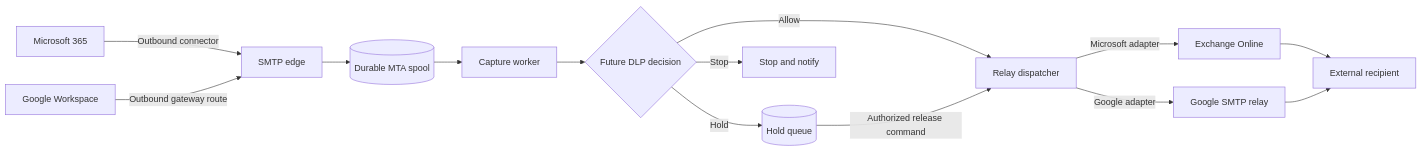
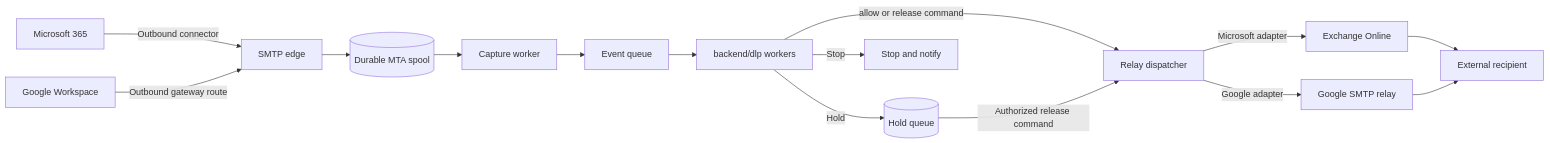
One commit to Himaya-AI/himaya-prod-azure changed the first of 9 diagrams in docs/DLP_INGRESS_GATEWAY_PLAN.md. Above: the diagram before and after it, drawn with Mermaid. The commit also changed other lines of this file and 1 other file, not shown here.

Commit message:
add DLP backend roadmap Doc

````diff
--- a/docs/DLP_INGRESS_GATEWAY_PLAN.md
+++ b/docs/DLP_INGRESS_GATEWAY_PLAN.md
@@ -30,20 +33,21 @@
 ```mermaid
 flowchart LR
     M365[Microsoft 365] -->|Outbound connector| Edge[SMTP edge]
     Google[Google Workspace] -->|Outbound gateway route| Edge
 
     Edge --> Spool[(Durable MTA spool)]
     Spool --> Capture[Capture worker]
-    Capture --> Decision{Future DLP decision}
+    Capture --> Events[Event queue]
+    Events --> Backend[backend/dlp workers]
+    Backend -->|allow or release command| Relay[Relay dispatcher]
 
-    Decision -->|Allow| Relay[Relay dispatcher]
-    Decision -->|Hold| Hold[(Hold queue)]
-    Decision -->|Stop| Stop[Stop and notify]
+    Backend -->|Hold| Hold[(Hold queue)]
+    Backend -->|Stop| Stop[Stop and notify]
     Hold -->|Authorized release command| Relay
 
     Relay -->|Microsoft adapter| Exchange[Exchange Online]
     Relay -->|Google adapter| GmailRelay[Google SMTP relay]
 
     Exchange --> Recipient[External recipient]
     GmailRelay --> Recipient
 ```
````
